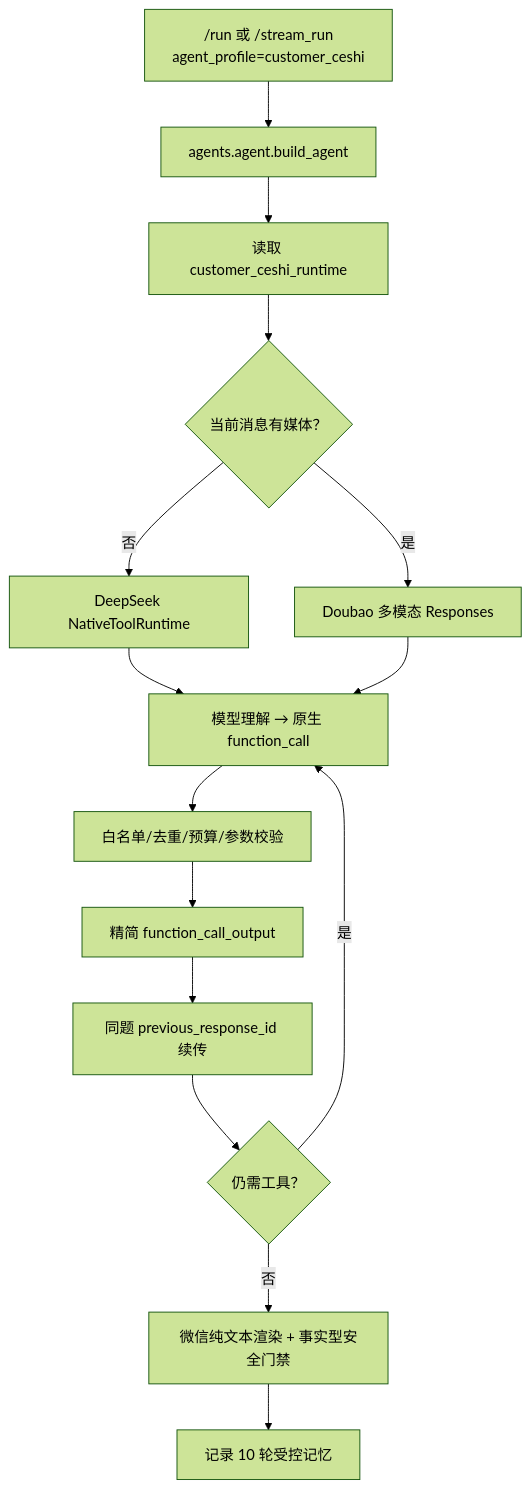
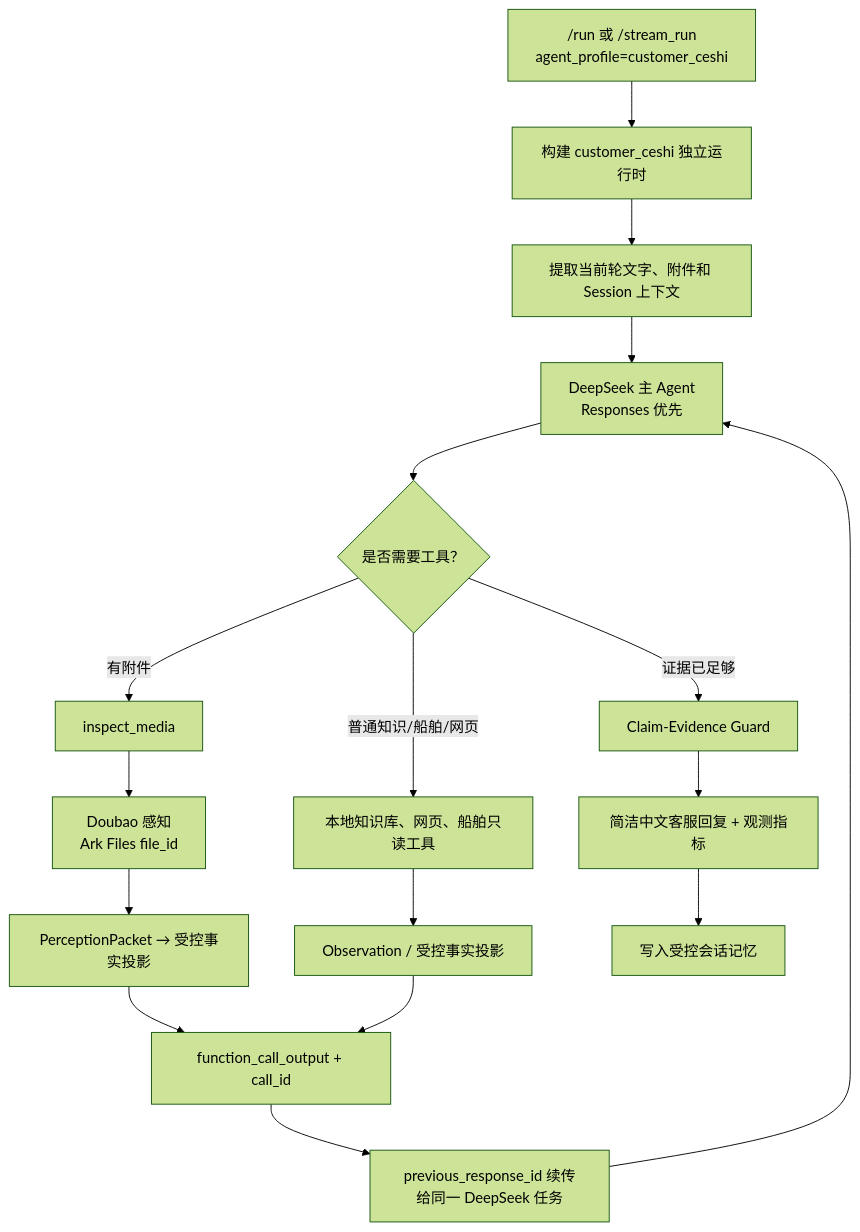
One commit to lr12338/hifleet-agent changed the first of 4 diagrams in docs/CUSTOMER_CESHI_ARCHITECTURE.md. Above: the diagram before and after it, drawn with Mermaid (forest theme). The commit also changed other lines of this file and 30 other files, not shown here.

Commit message:
完善 customer_ceshi Responses 链路与验收文档

````diff
--- a/docs/CUSTOMER_CESHI_ARCHITECTURE.md
+++ b/docs/CUSTOMER_CESHI_ARCHITECTURE.md
@@ -29,17 +106,19 @@
 ```mermaid
 flowchart TD
-    A["/run 或 /stream_run\nagent_profile=customer_ceshi"] --> B["agents.agent.build_agent"]
-    B --> C["读取 customer_ceshi_runtime"]
-    C --> D{"当前消息有媒体？"}
-    D -->|否| E["DeepSeek NativeToolRuntime"]
-    D -->|是| F["Doubao 多模态 Responses"]
-    E --> G["模型理解 → 原生 function_call"]
-    F --> G
-    G --> H["白名单/去重/预算/参数校验"]
-    H --> I["精简 function_call_output"]
-    I --> J["同题 previous_response_id 续传"]
-    J --> K{"仍需工具？"}
-    K -->|是| G
-    K -->|否| L["微信纯文本渲染 + 事实型安全门禁"]
-    L --> M["记录 10 轮受控记忆"]
+    A["/run 或 /stream_run\nagent_profile=customer_ceshi"] --> B["构建 customer_ceshi 独立运行时"]
+    B --> C["提取当前轮文字、附件和 Session 上下文"]
+    C --> D["DeepSeek 主 Agent\nResponses 优先"]
+    D --> E{"是否需要工具？"}
+    E -->|"普通知识/船舶/网页"| F["本地知识库、网页、船舶只读工具"]
+    E -->|"有附件"| G["inspect_media"]
+    G --> H["Doubao 感知\nArk Files file_id"]
+    H --> I["PerceptionPacket → 受控事实投影"]
+    F --> J["Observation / 受控事实投影"]
+    I --> K["function_call_output + call_id"]
+    J --> K
+    K --> L["previous_response_id 续传给同一 DeepSeek 任务"]
+    L --> D
+    E -->|"证据已足够"| M["Claim-Evidence Guard"]
+    M --> N["简洁中文客服回复 + 观测指标"]
+    N --> O["写入受控会话记忆"]
 ```
````
